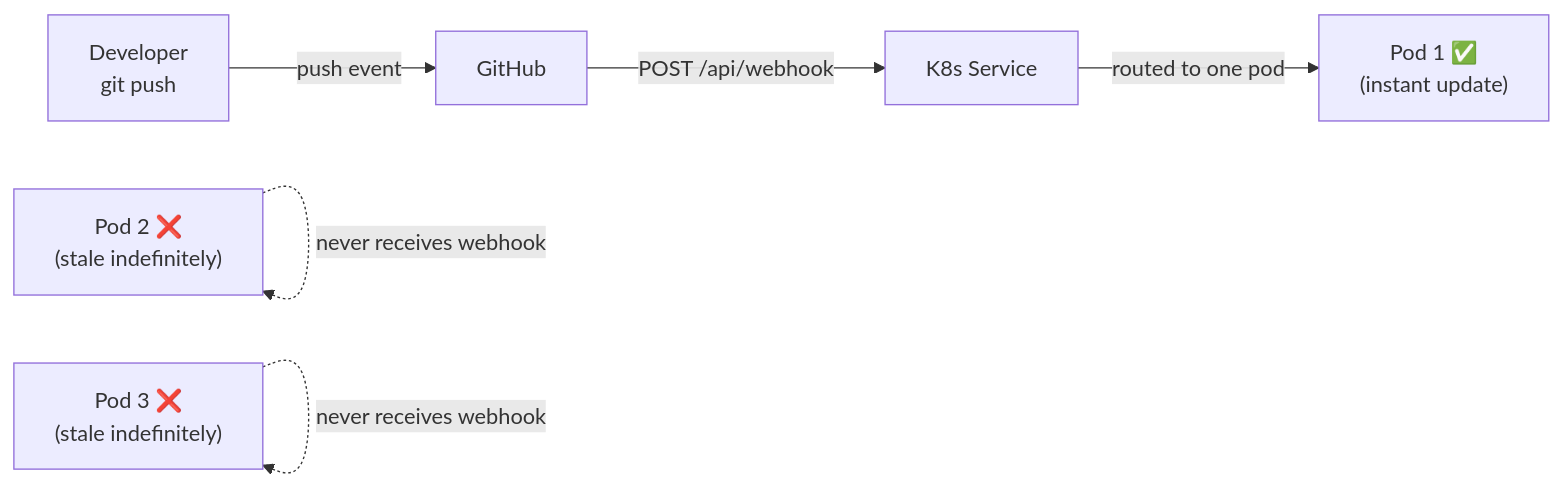
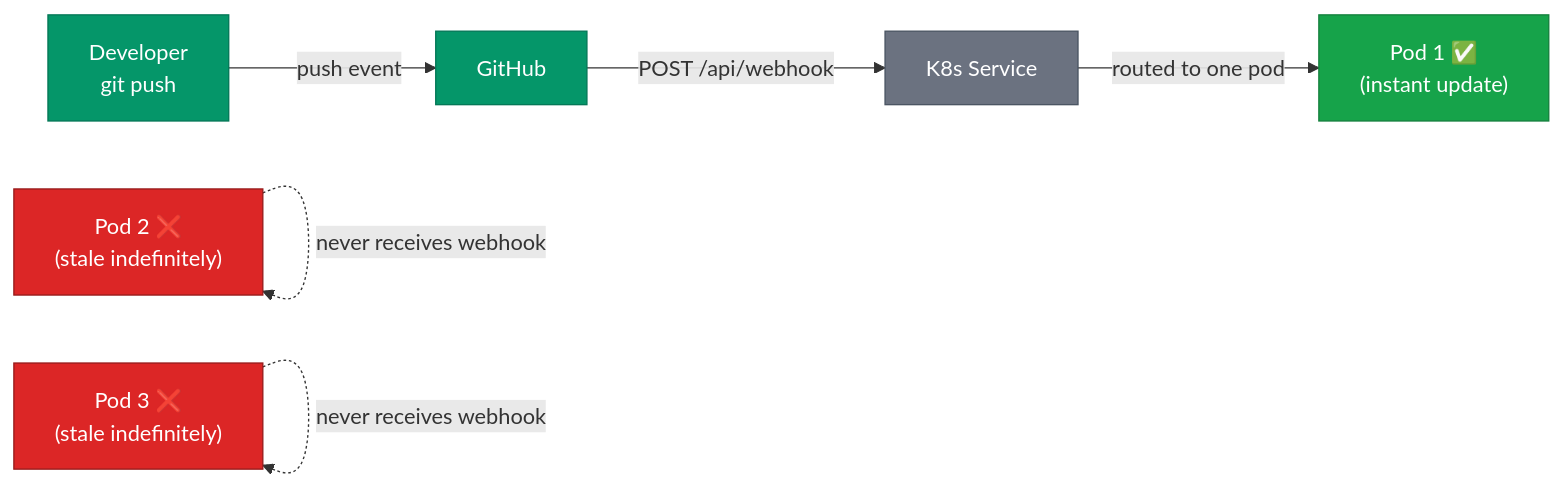
One commit to khaines/blogflow changed the sixth of 8 diagrams in docs/deployment-guide.md. Above: the diagram before and after it, drawn with Mermaid. The commit also changed other lines of this file and 1 other file, not shown here.

Commit message:
docs: apply consistent Mermaid theme to user-facing diagrams

````diff
--- a/docs/deployment-guide.md
+++ b/docs/deployment-guide.md
@@ -542,9 +560,14 @@
 ```mermaid
 graph LR
-    Dev["Developer\ngit push"] -->|"push event"| GH["GitHub"]
-    GH -->|"POST /api/webhook"| Svc["K8s Service"]
-    Svc -->|"routed to one pod"| Pod1["Pod 1 ✅\n(instant update)"]
+    classDef external fill:#059669,stroke:#047857,color:#fff
+    classDef success fill:#16a34a,stroke:#15803d,color:#fff
+    classDef danger fill:#dc2626,stroke:#991b1b,color:#fff
+    classDef muted fill:#6b7280,stroke:#4b5563,color:#fff
 
-    Pod2["Pod 2 ❌\n(stale indefinitely)"] -.->|"never receives webhook"| Pod2
-    Pod3["Pod 3 ❌\n(stale indefinitely)"] -.->|"never receives webhook"| Pod3
+    Dev["Developer<br/>git push"]:::external -->|"push event"| GH["GitHub"]:::external
+    GH -->|"POST /api/webhook"| Svc["K8s Service"]:::muted
+    Svc -->|"routed to one pod"| Pod1["Pod 1 ✅<br/>(instant update)"]:::success
+
+    Pod2["Pod 2 ❌<br/>(stale indefinitely)"]:::danger -.->|"never receives webhook"| Pod2
+    Pod3["Pod 3 ❌<br/>(stale indefinitely)"]:::danger -.->|"never receives webhook"| Pod3
 ```
````
